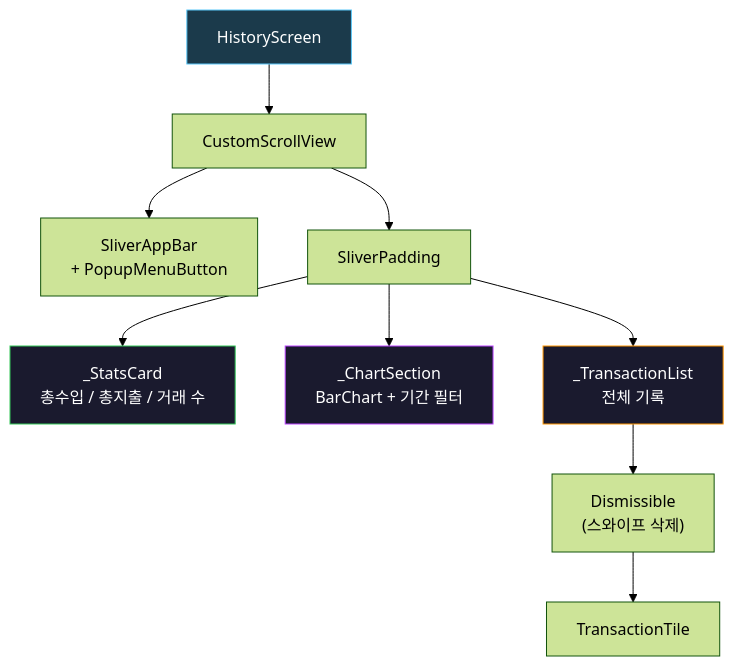
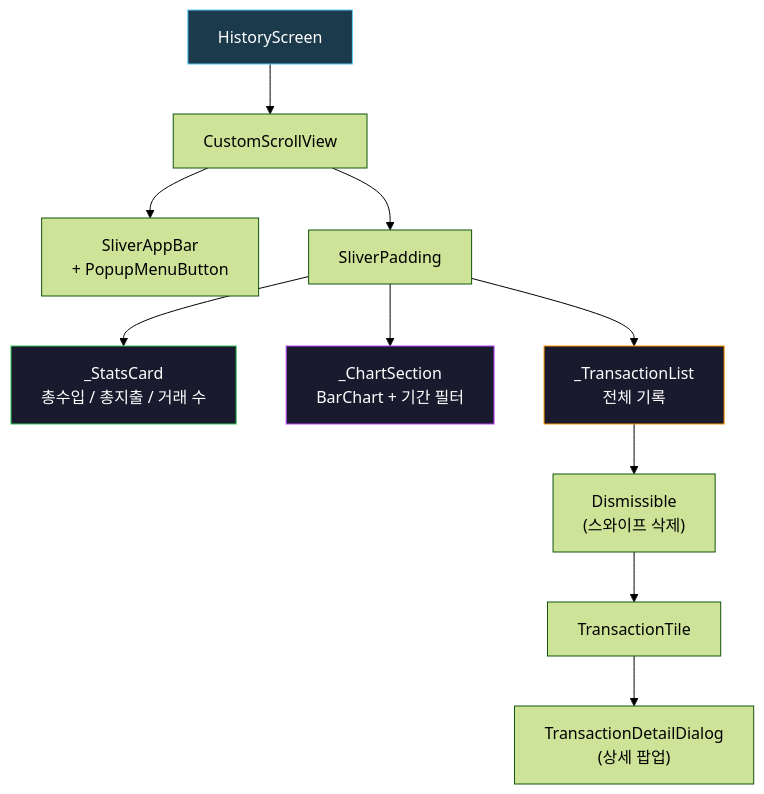
Before and after one commit to goodsw4all/wawapoint_flutter: the tenth of 18 diagrams in docs/ARCHITECTURE.md, drawn with Mermaid (forest theme). The commit also changed other lines of this file and 1 other file, not shown here.

Commit message:
docs: update architecture documentation and learning guide content

````diff
--- a/docs/ARCHITECTURE.md
+++ b/docs/ARCHITECTURE.md
@@ -602,16 +603,17 @@
 ```mermaid
 graph TD
     HS[HistoryScreen] --> CSV[CustomScrollView]
     CSV --> SAB["SliverAppBar<br/>+ PopupMenuButton"]
     CSV --> SP[SliverPadding]
     SP --> SC["_StatsCard<br/>총수입 / 총지출 / 거래 수"]
     SP --> CS["_ChartSection<br/>BarChart + 기간 필터"]
     SP --> TL["_TransactionList<br/>전체 기록"]
     TL --> D["Dismissible<br/>(스와이프 삭제)"]
     D --> TT["TransactionTile"]
+    TT --> TDD["TransactionDetailDialog<br/>(상세 팝업)"]
 
     style HS fill:#1b3a4b,stroke:#5AC8FA,color:#fff
     style SC fill:#1a1a2e,stroke:#34C759,color:#fff
     style CS fill:#1a1a2e,stroke:#BB44FF,color:#fff
     style TL fill:#1a1a2e,stroke:#FF9500,color:#fff
 ```
````
